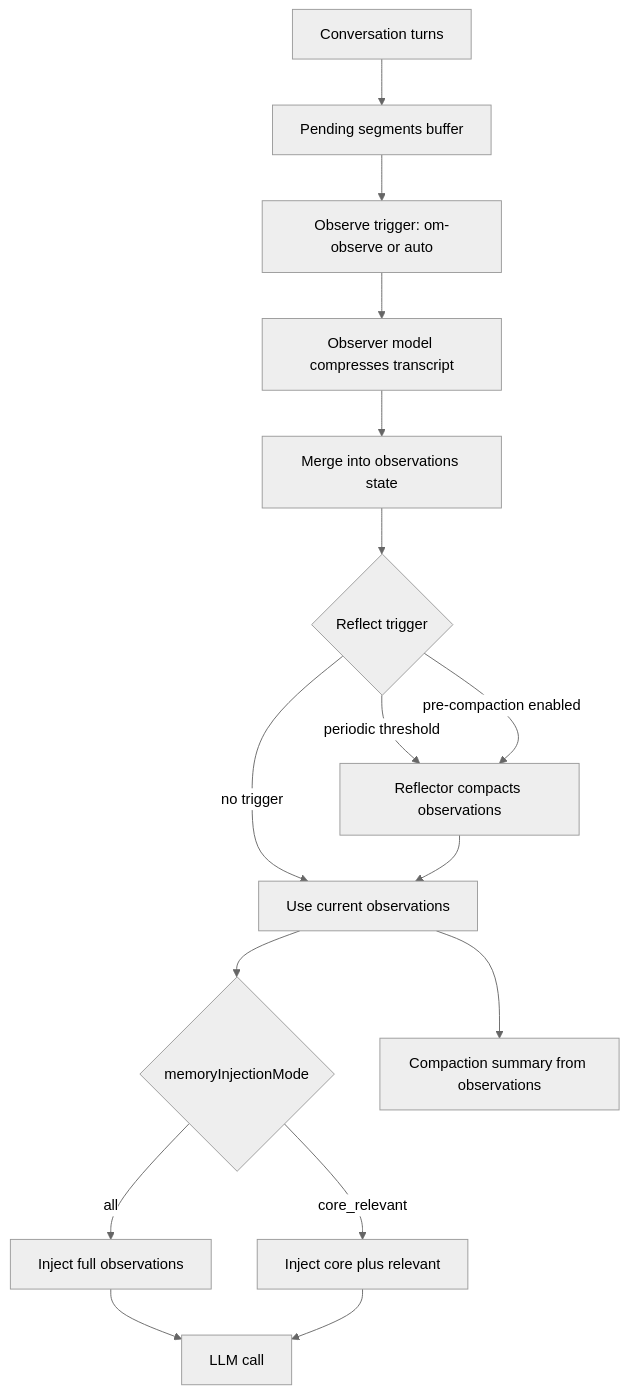
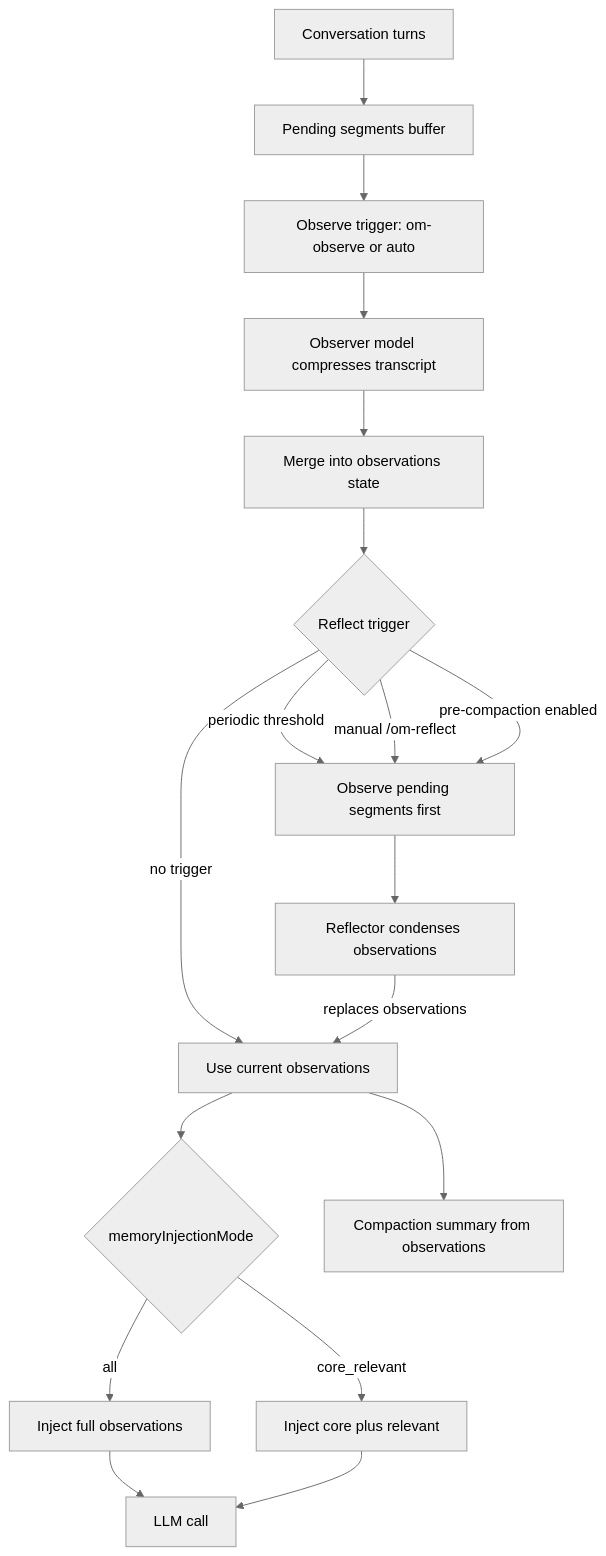
Before and after one commit to damianpdr/pi-observational-memory: the first of 2 diagrams in README.md, drawn with Mermaid (neutral theme). The commit also changed other lines of this file, not shown here.

First line of the commit message:
docs: update README for reflect-after-observe flow and new config options

````diff
--- a/README.md
+++ b/README.md
@@ -62,18 +61,20 @@
 ```mermaid
 flowchart TD
   A[Conversation turns] --> B[Pending segments buffer]
   B --> C[Observe trigger: om-observe or auto]
   C --> D[Observer model compresses transcript]
   D --> E[Merge into observations state]
   E --> F{Reflect trigger}
-  F -->|periodic threshold| G[Reflector compacts observations]
-  F -->|pre-compaction enabled| G
+  F -->|periodic threshold| F1[Observe pending segments first]
+  F -->|manual /om-reflect| F1
+  F -->|pre-compaction enabled| F1
+  F1 --> G[Reflector condenses observations]
   F -->|no trigger| H[Use current observations]
-  G --> H
+  G -->|replaces observations| H
   H --> I{memoryInjectionMode}
   I -->|all| J[Inject full observations]
   I -->|core_relevant| K[Inject core plus relevant]
   J --> L[LLM call]
   K --> L
   H --> M[Compaction summary from observations]
 ```
````
